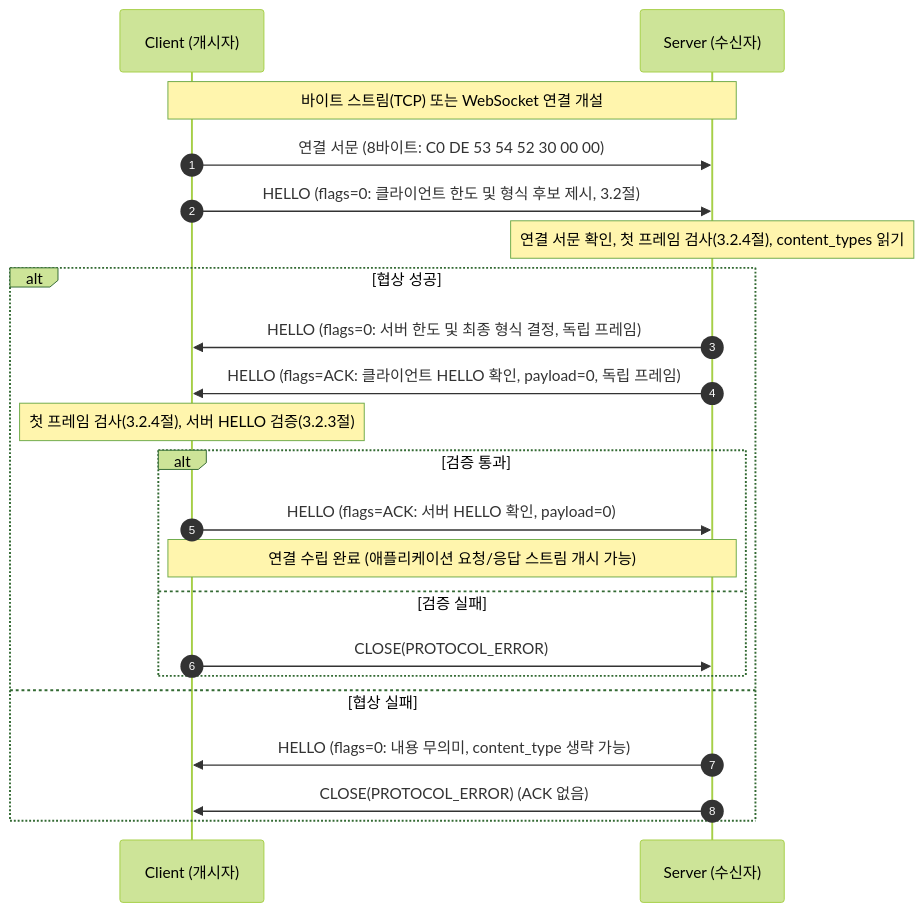
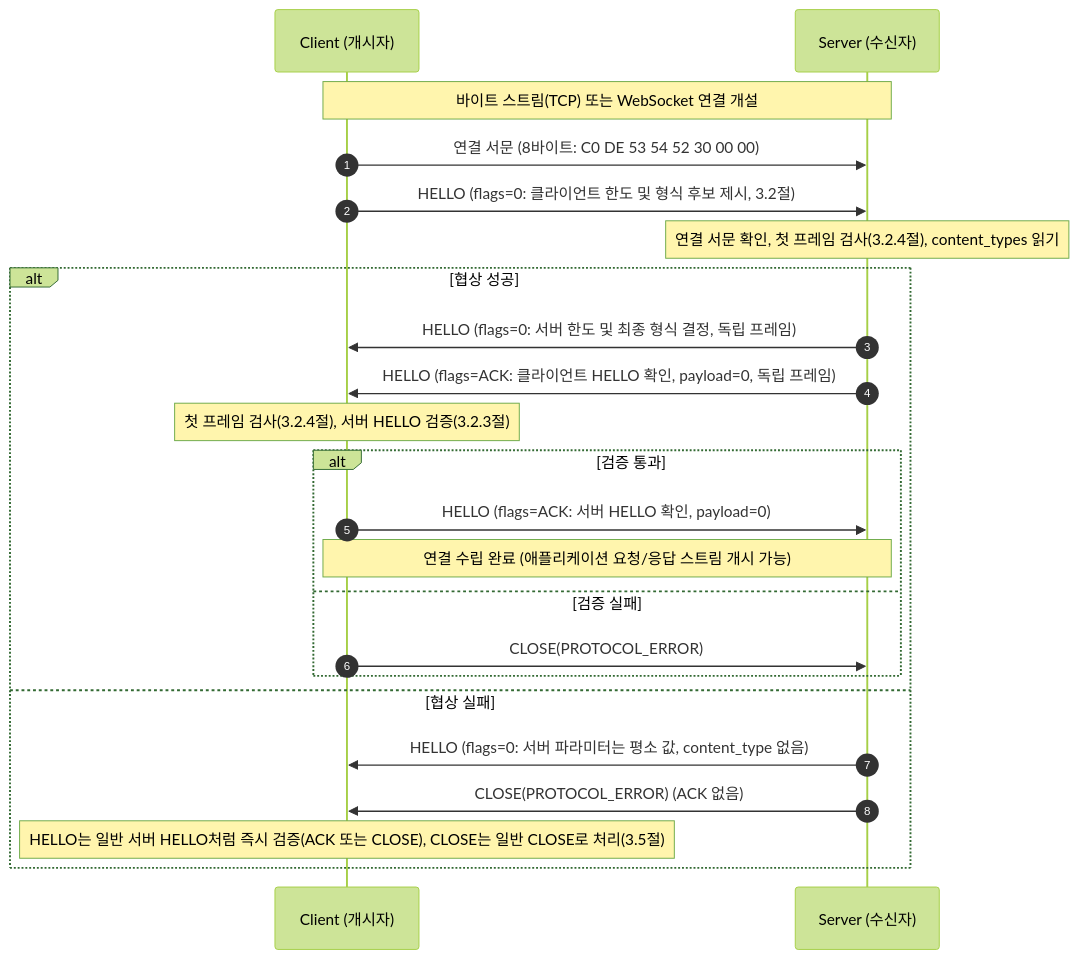
One commit to ppzxc/strand changed the first of 3 diagrams in docs/specification/STRAND_SPECIFICATION.md. Above: the diagram before and after it, drawn with Mermaid (forest theme). The commit also changed other lines of this file, not shown here.

First line of the commit message:
docs: 협상 실패 HELLO 검증과 CLOSE 수신 후 동작 확정 (#68)

````diff
--- a/docs/specification/STRAND_SPECIFICATION.md
+++ b/docs/specification/STRAND_SPECIFICATION.md
@@ -430,27 +425,28 @@
 ```mermaid
 sequenceDiagram
     autonumber
     participant C as Client (개시자)
     participant S as Server (수신자)
 
     Note over C,S: 바이트 스트림(TCP) 또는 WebSocket 연결 개설
     C->>S: 연결 서문 (8바이트: C0 DE 53 54 52 30 00 00)
     C->>S: HELLO (flags=0: 클라이언트 한도 및 형식 후보 제시, 3.2절)
 
     Note over S: 연결 서문 확인, 첫 프레임 검사(3.2.4절), content_types 읽기
     alt 협상 성공
         S->>C: HELLO (flags=0: 서버 한도 및 최종 형식 결정, 독립 프레임)
         S->>C: HELLO (flags=ACK: 클라이언트 HELLO 확인, payload=0, 독립 프레임)
 
         Note over C: 첫 프레임 검사(3.2.4절), 서버 HELLO 검증(3.2.3절)
         alt 검증 통과
             C->>S: HELLO (flags=ACK: 서버 HELLO 확인, payload=0)
             Note over C,S: 연결 수립 완료 (애플리케이션 요청/응답 스트림 개시 가능)
         else 검증 실패
             C->>S: CLOSE(PROTOCOL_ERROR)
         end
     else 협상 실패
-        S->>C: HELLO (flags=0: 내용 무의미, content_type 생략 가능)
+        S->>C: HELLO (flags=0: 서버 파라미터는 평소 값, content_type 없음)
         S->>C: CLOSE(PROTOCOL_ERROR) (ACK 없음)
+        Note over C: HELLO는 일반 서버 HELLO처럼 즉시 검증(ACK 또는 CLOSE), CLOSE는 일반 CLOSE로 처리(3.5절)
     end
 ```
````
